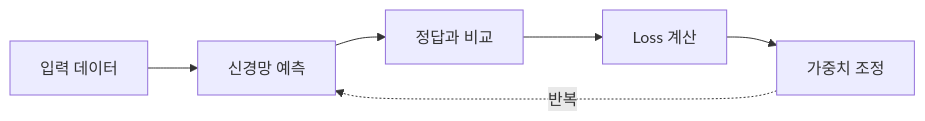
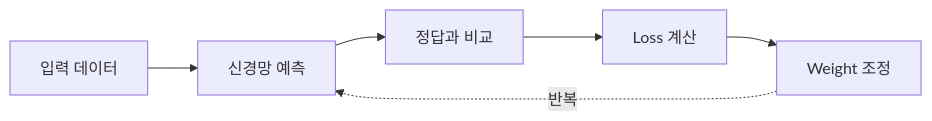
One commit to JSeong2024/MYPAUL-PYTHONEDU changed the first of 2 diagrams in Classroom/PYTHON-2026-09/Intermediate/Lecture/Week-08/README.md. Above: the diagram before and after it, drawn with Mermaid. The commit also changed other lines of this file and 12 other files, not shown here.

````diff
--- a/Classroom/PYTHON-2026-09/Intermediate/Lecture/Week-08/README.md
+++ b/Classroom/PYTHON-2026-09/Intermediate/Lecture/Week-08/README.md
@@ -197,8 +202,8 @@
 ```mermaid
 graph LR
     A[입력 데이터] --> B[신경망 예측]
     B --> C[정답과 비교]
     C --> D[Loss 계산]
-    D --> E[가중치 조정]
+    D --> E[Weight 조정]
     E -. 반복 .-> B
 ```
````
